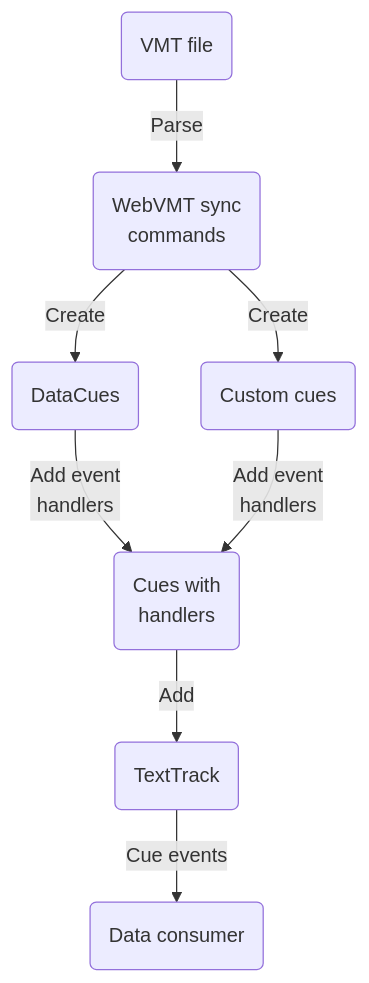
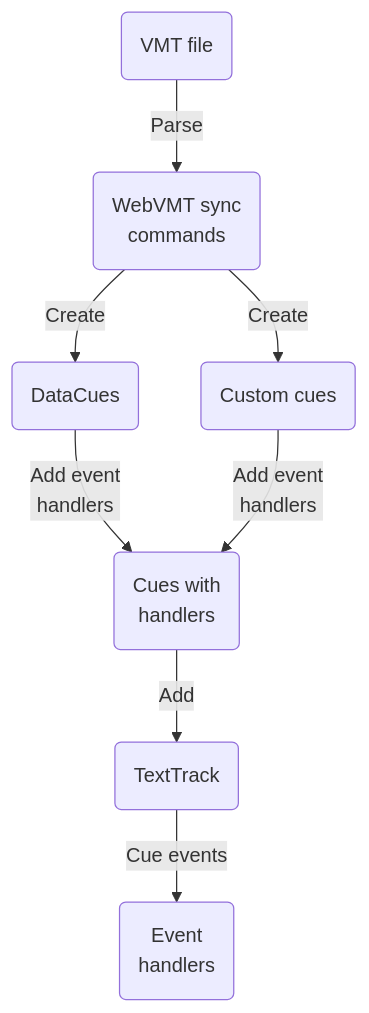
The first of 2 diagrams in README.md (webvmt/vmt-sync-examples), drawn with Mermaid before and after one commit. The commit also changed other lines of this file, not shown here.

Commit message:
Update README.md
Update

`````diff
--- a/README.md
+++ b/README.md
@@ -27,15 +27,16 @@
  ````mermaid
  graph TD
-   A(VMT file) --> |Parse| B
-   B("WebVMT sync
-   commands") --> |Create| C
-   C(DataCues) --> |"Add event
-   handlers"| E
-   B --> |Create| D(Custom cues)
-   D --> |"Add event
-   handlers"| E
-   E("Cues with
-   handlers") --> |Add| F
-   F(TextTrack) --> |Cue events| G
-   G(Data consumer)
+    A(VMT file) --> |Parse| B
+    B("WebVMT sync
+    commands") --> |Create| C
+    C(DataCues) --> |"Add event
+    handlers"| E
+    B --> |Create| D(Custom cues)
+    D --> |"Add event
+    handlers"| E
+    E("Cues with
+    handlers") --> |Add| F
+    F(TextTrack) --> |Cue events| G
+    G("Event
+    handlers")
  ````
`````
